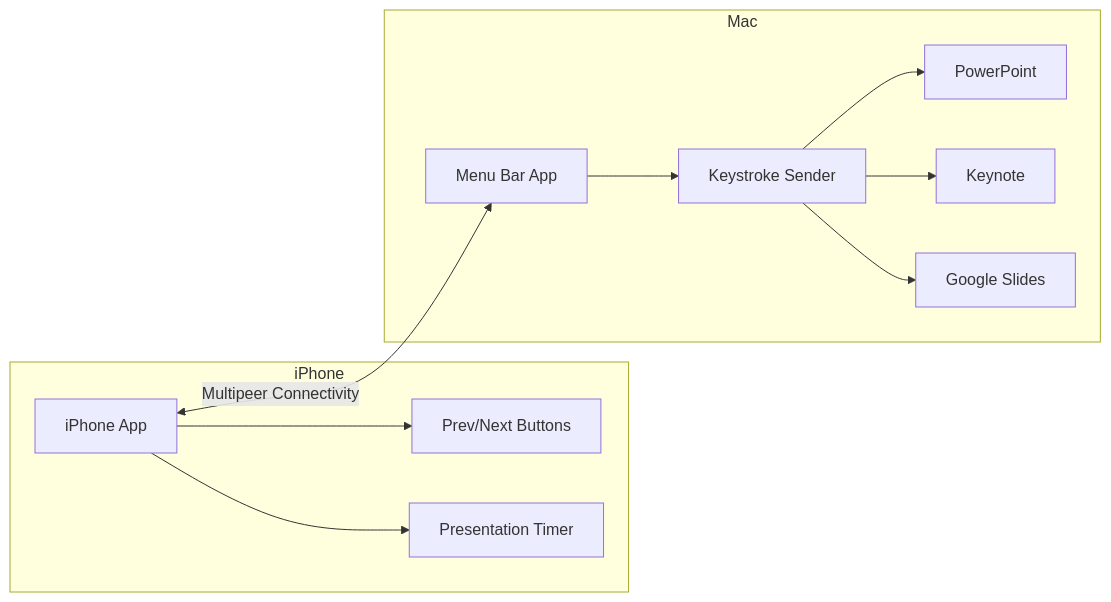
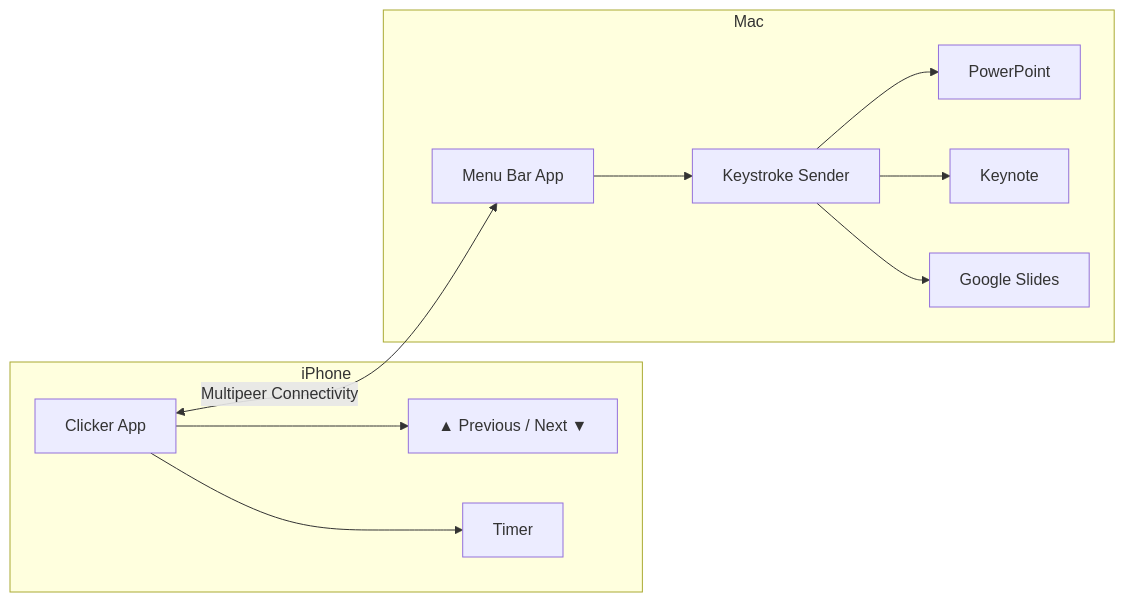
The diagram in README.md (douinc/clicker), drawn with Mermaid before and after one commit. The commit also changed other lines of this file and 27 other files, not shown here.

````diff
--- a/README.md
+++ b/README.md
@@ -17,16 +17,16 @@
 ```mermaid
 graph LR
     subgraph iPhone
-        A[iPhone App] --> B[Prev/Next Buttons]
-        A --> C[Presentation Timer]
+        A[Clicker App] --> B[▲ Previous / Next ▼]
+        A --> C[Timer]
     end
 
     subgraph Mac
         D[Menu Bar App] --> E[Keystroke Sender]
         E --> F[PowerPoint]
         E --> G[Keynote]
         E --> H[Google Slides]
     end
 
     A <-->|Multipeer Connectivity| D
 ```
````
